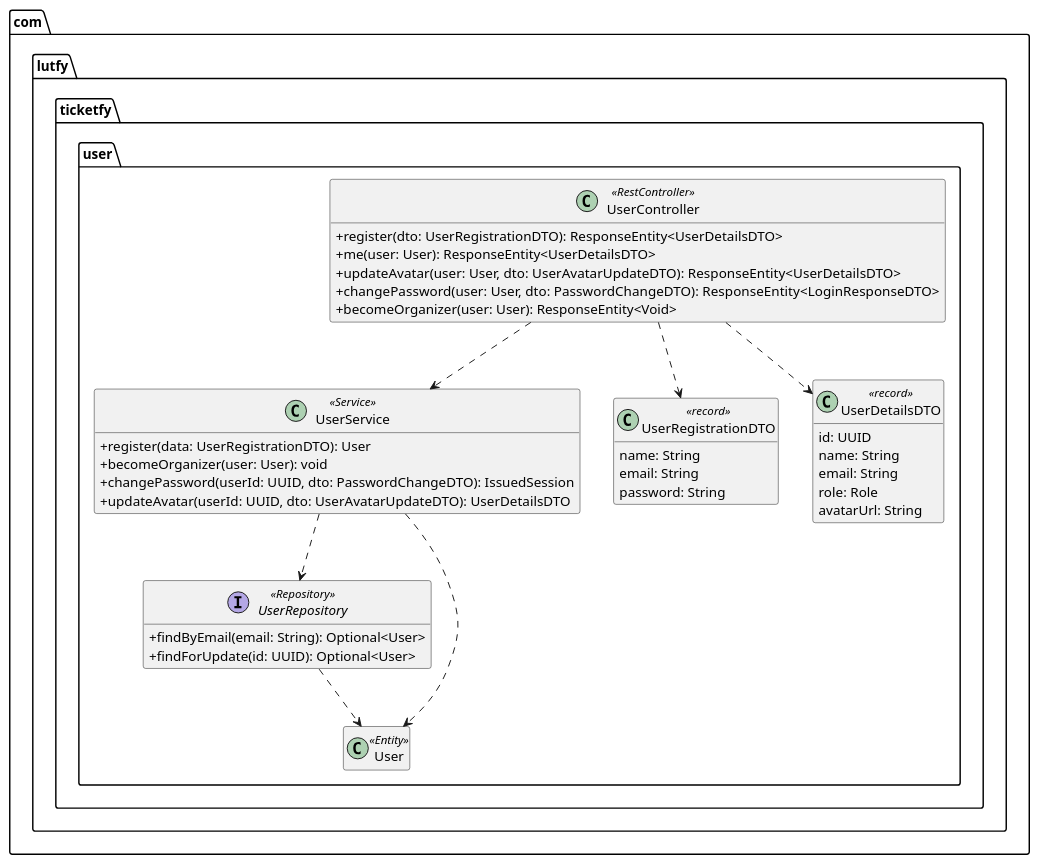
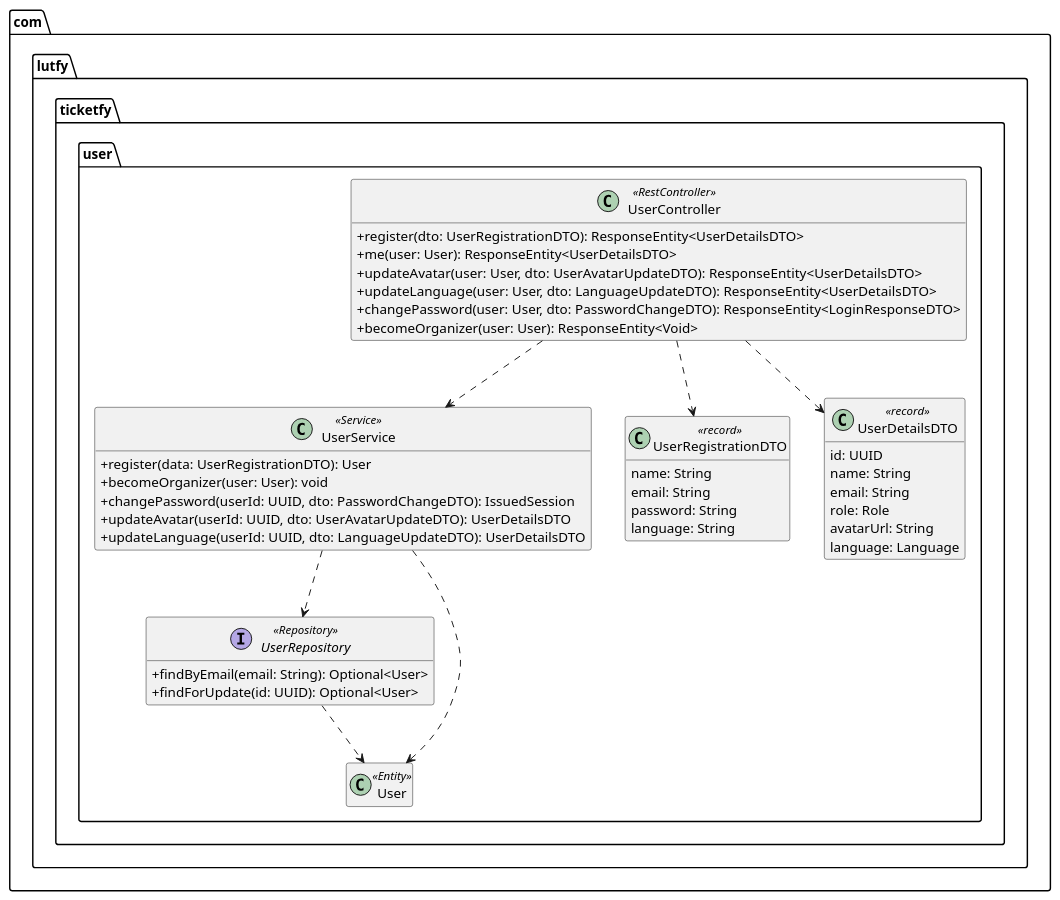
One commit to rodrigolutfydev/Ticketfy-API changed the first of 2 diagrams in docs/04 - Diagrama de Classes de Domínio.md. Above: the diagram before and after it, drawn with PlantUML. The commit also changed other lines of this file and 74 other files, not shown here.

First line of the commit message:
feat(user): add preferred language and structured error codes

````diff
--- a/docs/04 - Diagrama de Classes de Domínio.md
+++ b/docs/04 - Diagrama de Classes de Domínio.md
@@ -39,46 +39,50 @@
 ```plantuml
 @startuml user-module-layers
 skinparam classAttributeIconSize 0
 hide empty members
 
 package "com.lutfy.ticketfy.user" {
   class UserController <<RestController>> {
     + register(dto: UserRegistrationDTO): ResponseEntity<UserDetailsDTO>
     + me(user: User): ResponseEntity<UserDetailsDTO>
     + updateAvatar(user: User, dto: UserAvatarUpdateDTO): ResponseEntity<UserDetailsDTO>
+    + updateLanguage(user: User, dto: LanguageUpdateDTO): ResponseEntity<UserDetailsDTO>
     + changePassword(user: User, dto: PasswordChangeDTO): ResponseEntity<LoginResponseDTO>
     + becomeOrganizer(user: User): ResponseEntity<Void>
   }
   class UserService <<Service>> {
     + register(data: UserRegistrationDTO): User
     + becomeOrganizer(user: User): void
     + changePassword(userId: UUID, dto: PasswordChangeDTO): IssuedSession
     + updateAvatar(userId: UUID, dto: UserAvatarUpdateDTO): UserDetailsDTO
+    + updateLanguage(userId: UUID, dto: LanguageUpdateDTO): UserDetailsDTO
   }
   interface UserRepository <<Repository>> {
     + findByEmail(email: String): Optional<User>
     + findForUpdate(id: UUID): Optional<User>
   }
   class UserRegistrationDTO <<record>> {
     name: String
     email: String
     password: String
+    language: String
   }
   class UserDetailsDTO <<record>> {
     id: UUID
     name: String
     email: String
     role: Role
     avatarUrl: String
+    language: Language
   }
   class User <<Entity>>
 }
 
 UserController ..> UserService
 UserController ..> UserRegistrationDTO
 UserController ..> UserDetailsDTO
 UserService ..> UserRepository
 UserService ..> User
 UserRepository ..> User
 @enduml
 ```
````
